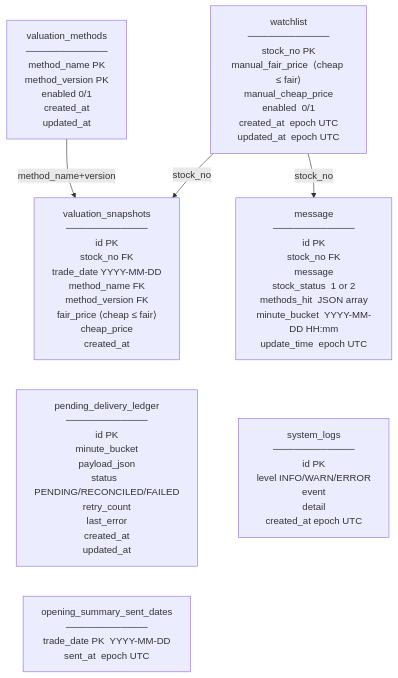
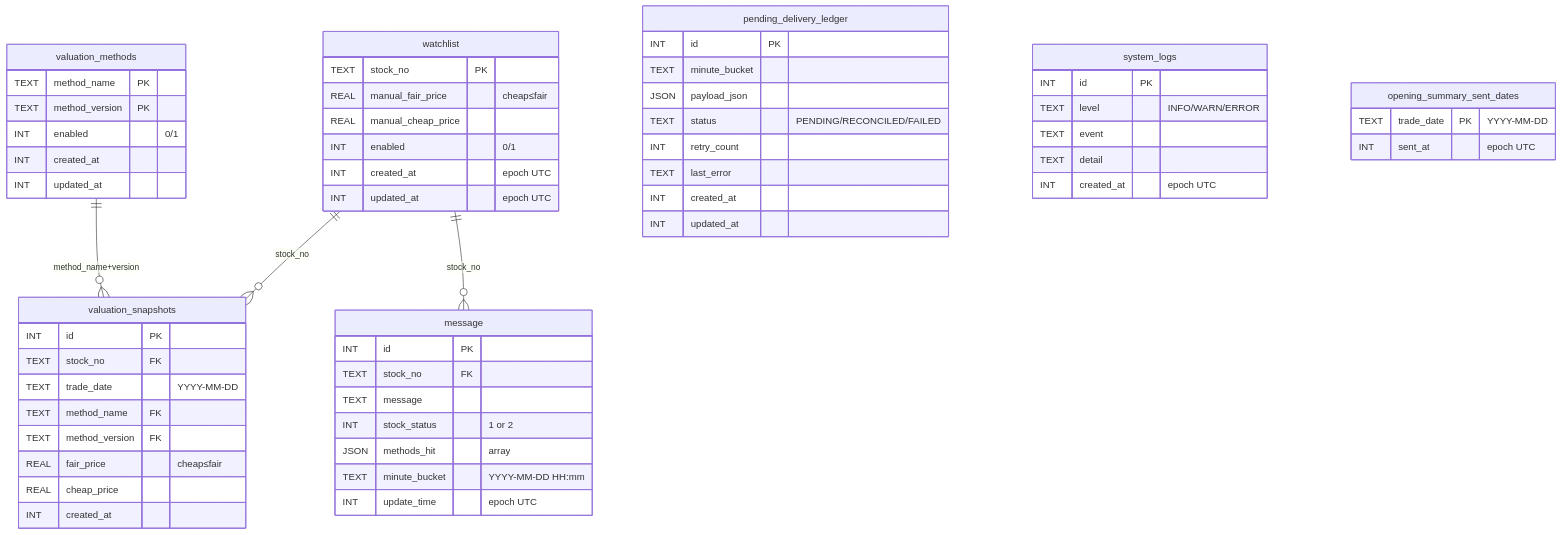
One commit to ibalasite/stock_monitor changed the first of 2 diagrams in docs/architecture/diagrams/06-data-model.md. Above: the diagram before and after it, drawn with Mermaid. The commit also changed 1 other file, not shown here.

Commit message:
fix(docs): replace flowchart nodes with erDiagram for clear PK/FK/type column layout

````diff
--- a/docs/architecture/diagrams/06-data-model.md
+++ b/docs/architecture/diagrams/06-data-model.md
@@ -9,23 +9,62 @@
 ```mermaid
-flowchart TD
-    WL["watchlist\n────────────\nstock_no PK\nmanual_fair_price  ⟨cheap ≤ fair⟩\nmanual_cheap_price\nenabled  0/1\ncreated_at  epoch UTC\nupdated_at  epoch UTC"]
+erDiagram
+    watchlist {
+        TEXT stock_no PK
+        REAL manual_fair_price "cheap≤fair"
+        REAL manual_cheap_price
+        INT  enabled "0/1"
+        INT  created_at "epoch UTC"
+        INT  updated_at "epoch UTC"
+    }
+    valuation_methods {
+        TEXT method_name PK
+        TEXT method_version PK
+        INT  enabled "0/1"
+        INT  created_at
+        INT  updated_at
+    }
+    valuation_snapshots {
+        INT  id PK
+        TEXT stock_no FK
+        TEXT trade_date "YYYY-MM-DD"
+        TEXT method_name FK
+        TEXT method_version FK
+        REAL fair_price "cheap≤fair"
+        REAL cheap_price
+        INT  created_at
+    }
+    message {
+        INT  id PK
+        TEXT stock_no FK
+        TEXT message
+        INT  stock_status "1 or 2"
+        JSON methods_hit "array"
+        TEXT minute_bucket "YYYY-MM-DD HH:mm"
+        INT  update_time "epoch UTC"
+    }
+    pending_delivery_ledger {
+        INT  id PK
+        TEXT minute_bucket
+        JSON payload_json
+        TEXT status "PENDING/RECONCILED/FAILED"
+        INT  retry_count
+        TEXT last_error
+        INT  created_at
+        INT  updated_at
+    }
+    system_logs {
+        INT  id PK
+        TEXT level "INFO/WARN/ERROR"
+        TEXT event
+        TEXT detail
+        INT  created_at "epoch UTC"
+    }
+    opening_summary_sent_dates {
+        TEXT trade_date PK "YYYY-MM-DD"
+        INT  sent_at "epoch UTC"
+    }
 
-    VM["valuation_methods\n────────────\nmethod_name PK\nmethod_version PK\nenabled  0/1\ncreated_at\nupdated_at"]
-
-    VS["valuation_snapshots\n────────────\nid PK\nstock_no FK\ntrade_date  YYYY-MM-DD\nmethod_name FK\nmethod_version FK\nfair_price  ⟨cheap ≤ fair⟩\ncheap_price\ncreated_at"]
-
-    MSG["message\n────────────\nid PK\nstock_no FK\nmessage\nstock_status  1 or 2\nmethods_hit  JSON array\nminute_bucket  YYYY-MM-DD HH:mm\nupdate_time  epoch UTC"]
-
-    PDL["pending_delivery_ledger\n────────────\nid PK\nminute_bucket\npayload_json\nstatus  PENDING/RECONCILED/FAILED\nretry_count\nlast_error\ncreated_at\nupdated_at"]
-
-    SL["system_logs\n────────────\nid PK\nlevel  INFO/WARN/ERROR\nevent\ndetail\ncreated_at  epoch UTC"]
-
-    OSD["opening_summary_sent_dates\n────────────\ntrade_date PK  YYYY-MM-DD\nsent_at  epoch UTC"]
-
-    WL -- "stock_no" --> VS
-    WL -- "stock_no" --> MSG
-    VM -- "method_name+version" --> VS
-    VS ~~~ PDL
-    MSG ~~~ SL
-    PDL ~~~ OSD
+    watchlist ||--o{ valuation_snapshots : "stock_no"
+    watchlist ||--o{ message : "stock_no"
+    valuation_methods ||--o{ valuation_snapshots : "method_name+version"
 ```
````
